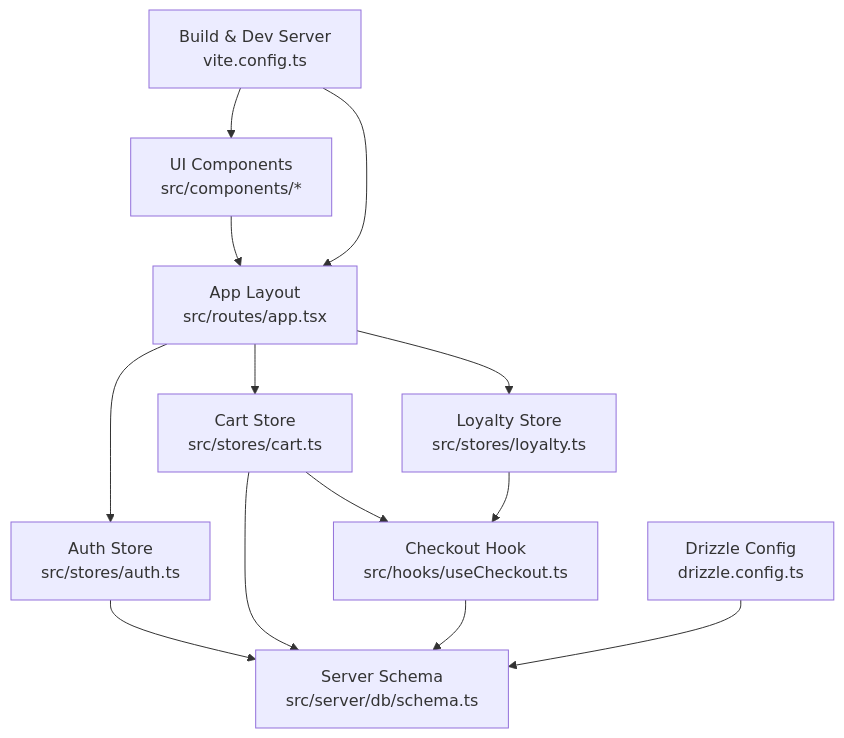
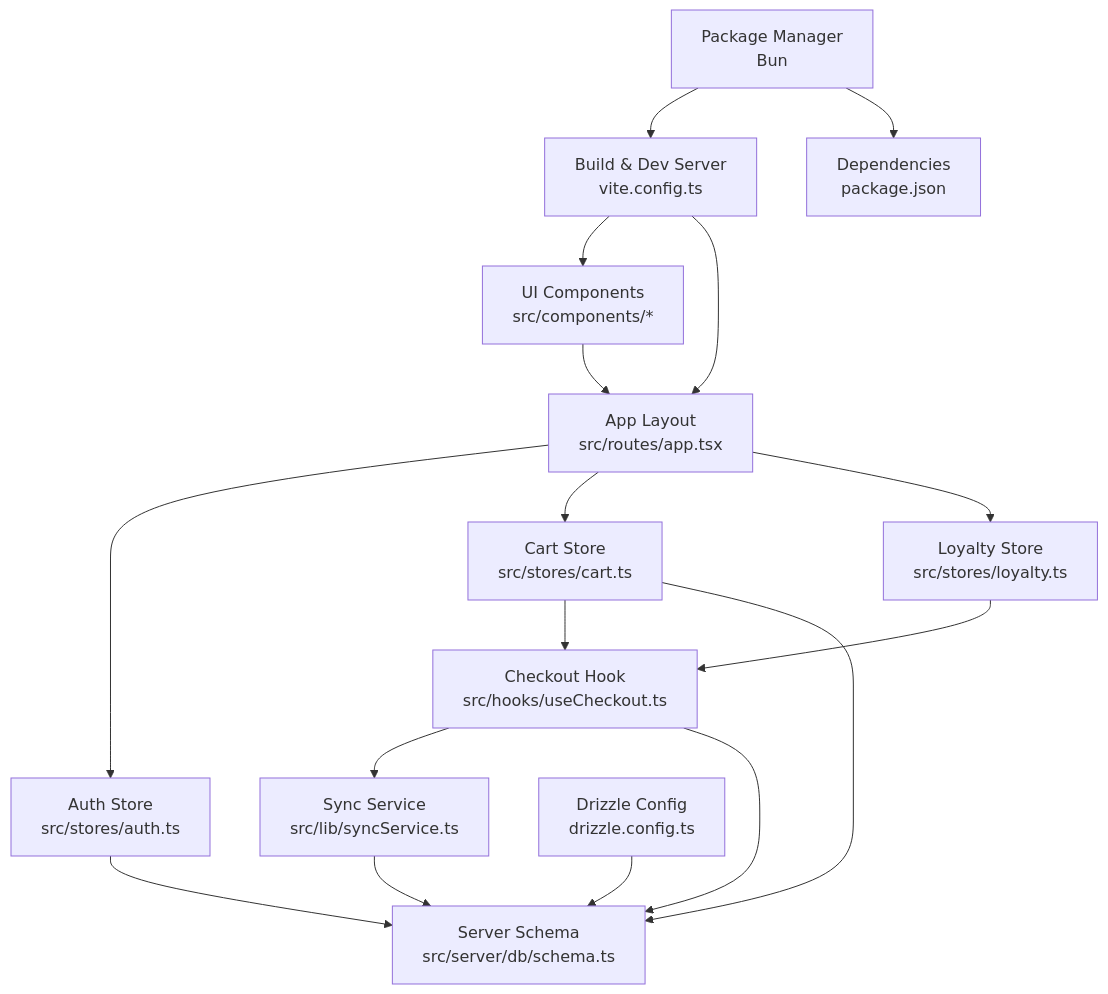
Before and after one commit to riod94/ngepos: the second of 10 diagrams in .qoder/repowiki/en/content/Development Guidelines/Development Guidelines.md, drawn with Mermaid. The commit also changed other lines of this file and 51 other files, not shown here.

````diff
--- a/.qoder/repowiki/en/content/Development Guidelines/Development Guidelines.md
+++ b/.qoder/repowiki/en/content/Development Guidelines/Development Guidelines.md
@@ -156,15 +197,19 @@
 ```mermaid
 graph TB
 UI["UI Components<br/>src/components/*"] --> Layout["App Layout<br/>src/routes/app.tsx"]
 Layout --> AuthStore["Auth Store<br/>src/stores/auth.ts"]
 Layout --> CartStore["Cart Store<br/>src/stores/cart.ts"]
 Layout --> LoyaltyStore["Loyalty Store<br/>src/stores/loyalty.ts"]
 CartStore --> CheckoutHook["Checkout Hook<br/>src/hooks/useCheckout.ts"]
 LoyaltyStore --> CheckoutHook
-AuthStore --> ServerSchema["Server Schema<br/>src/server/db/schema.ts"]
+CheckoutHook --> SyncService["Sync Service<br/>src/lib/syncService.ts"]
+SyncService --> ServerSchema["Server Schema<br/>src/server/db/schema.ts"]
+AuthStore --> ServerSchema
 CartStore --> ServerSchema
 CheckoutHook --> ServerSchema
 Build["Build & Dev Server<br/>vite.config.ts"] --> UI
 Build --> Layout
 Migrations["Drizzle Config<br/>drizzle.config.ts"] --> ServerSchema
+PackageMgr["Package Manager<br/>Bun"] --> Build
+PackageMgr --> Dependencies["Dependencies<br/>package.json"]
 ```
````
